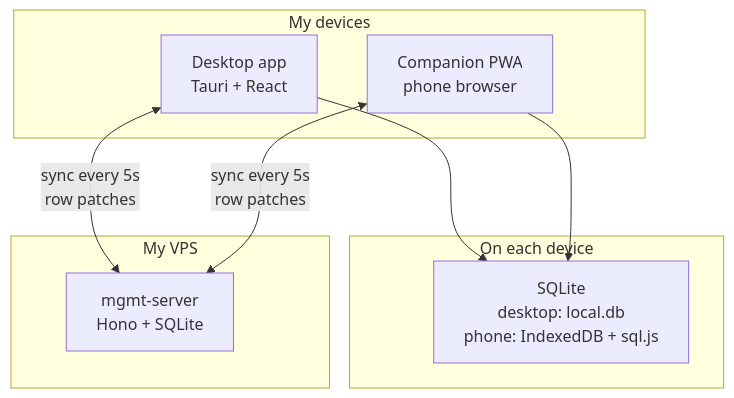
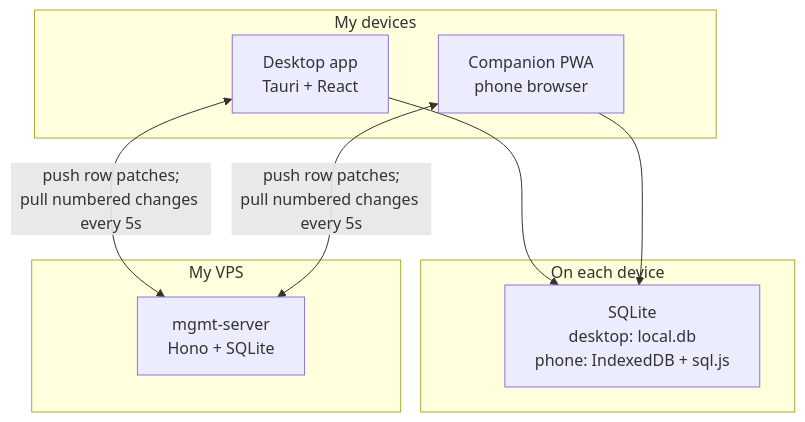
Before and after one commit to jdserenity/management: the first of 4 diagrams in scaffold/CODEMAP-HUMAN.md, drawn with Mermaid. The commit also changed other lines of this file and 1 other file, not shown here.

Commit message:
Document the server-referee change-log sync so future work builds on the numbered-changes model instead of reintroducing snapshot merging.

````diff
--- a/scaffold/CODEMAP-HUMAN.md
+++ b/scaffold/CODEMAP-HUMAN.md
@@ -7,17 +7,17 @@
 ```mermaid
 flowchart TB
   subgraph clients["My devices"]
     desk["Desktop app\nTauri + React"]
     phone["Companion PWA\nphone browser"]
   end
   subgraph local["On each device"]
     sqlite["SQLite\ndesktop: local.db\nphone: IndexedDB + sql.js"]
   end
   subgraph server["My VPS"]
     api["mgmt-server\nHono + SQLite"]
   end
   desk --> sqlite
   phone --> sqlite
-  desk <-->|"sync every 5s\nrow patches"| api
-  phone <-->|"sync every 5s\nrow patches"| api
+  desk <-->|"push row patches;\npull numbered changes every 5s"| api
+  phone <-->|"push row patches;\npull numbered changes every 5s"| api
 ```
````
